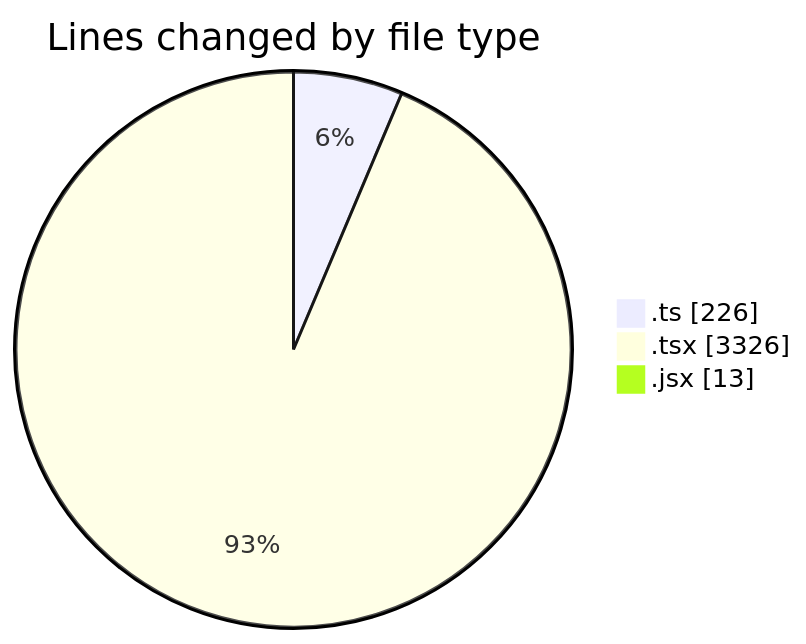
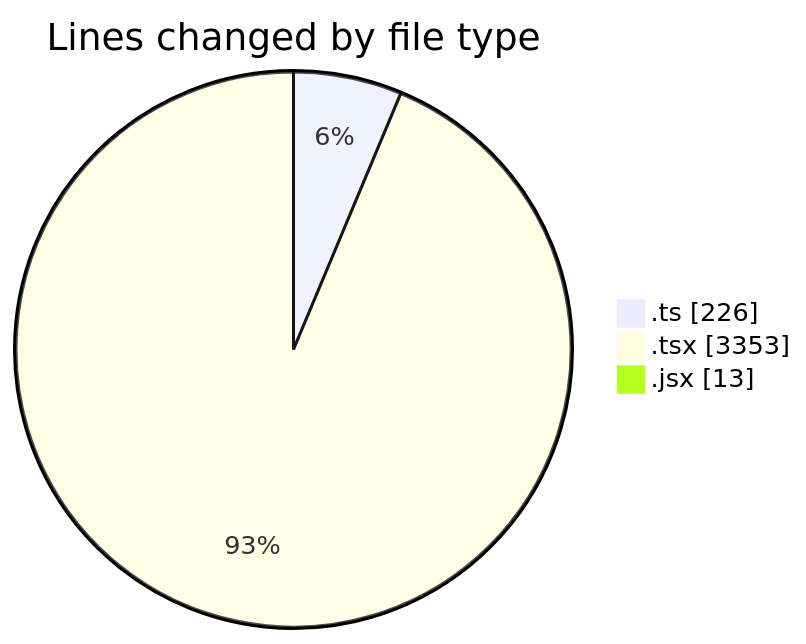
One commit to momahboobian/code-tracking changed the first of 2 diagrams in 2025-12-02/cda/README.md. Above: the diagram before and after it, drawn with Mermaid. The commit also changed other lines of this file and 1 other file, not shown here.

````diff
--- a/2025-12-02/cda/README.md
+++ b/2025-12-02/cda/README.md
@@ -30,7 +30,7 @@
 ```mermaid
 pie showData
 title Lines changed by file type
 ".ts" : 226
-".tsx" : 3326
+".tsx" : 3353
 ".jsx" : 13
 ```
````
